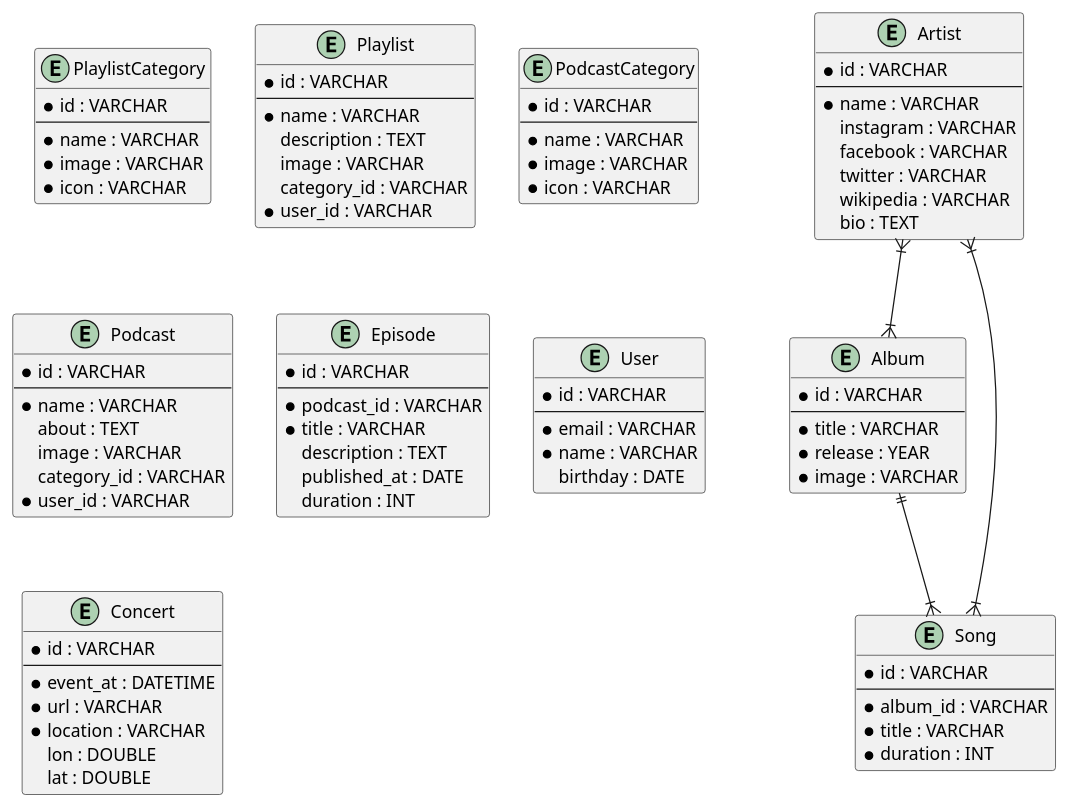
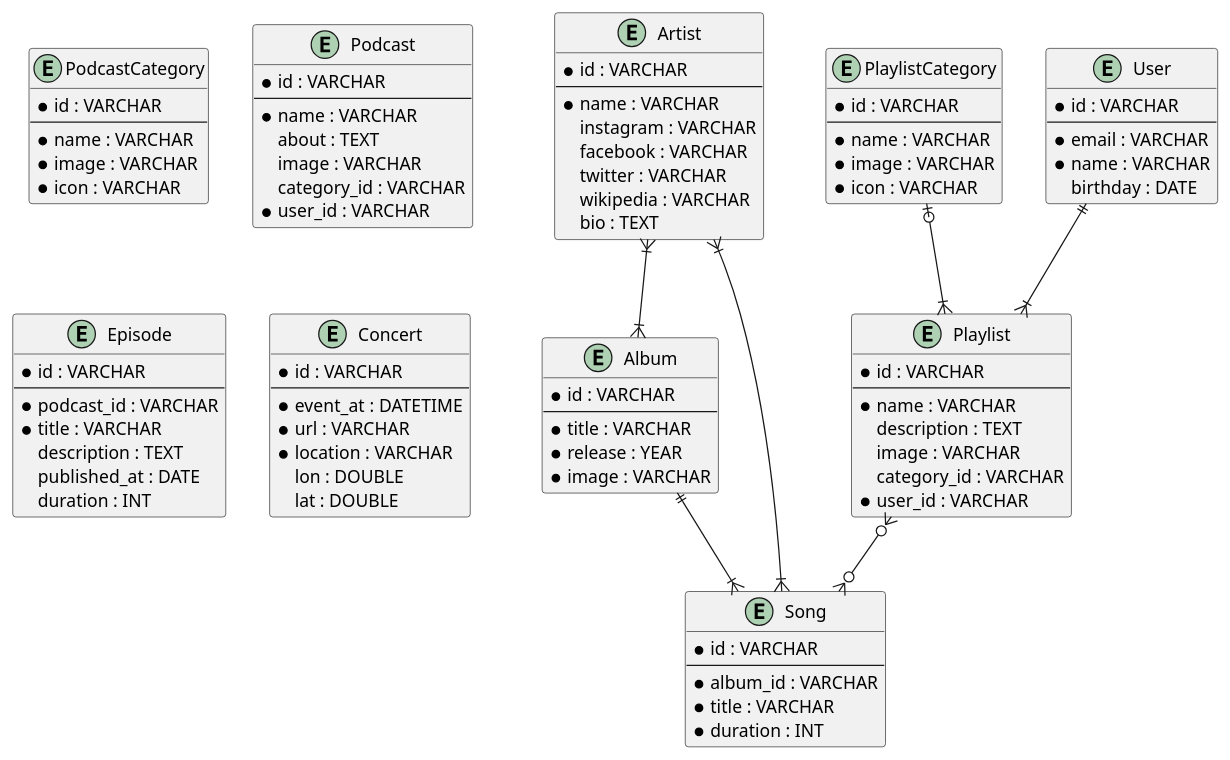
One commit to bayubagusbagaswara/design-database-spotify-clone changed the diagram in src/entity.puml. Above: the diagram before and after it, drawn with PlantUML.

Commit message:
menentukan relasi entity Playlist

```diff
--- a/src/entity.puml
+++ b/src/entity.puml
@@ -1,96 +1,100 @@
 @startuml
 entity Artist {
     * id : VARCHAR
     --
     * name : VARCHAR
     instagram : VARCHAR
     facebook : VARCHAR
     twitter : VARCHAR
     wikipedia : VARCHAR
     bio : TEXT
 }
 
 entity Album {
     * id : VARCHAR
     --
     * title : VARCHAR
     * release : YEAR
     * image : VARCHAR
 }
 
 entity Song {
     * id : VARCHAR
     --
     * album_id : VARCHAR
     * title : VARCHAR
     * duration : INT
 }
 
 entity PlaylistCategory {
     * id : VARCHAR
     --
     * name : VARCHAR
     * image : VARCHAR
     * icon : VARCHAR
 }
 entity Playlist{
     * id : VARCHAR
     --
     * name : VARCHAR
     description : TEXT
     image : VARCHAR
     category_id : VARCHAR
     * user_id : VARCHAR
 }
 
 entity PodcastCategory {
     * id : VARCHAR
     --
     * name : VARCHAR
     * image : VARCHAR
     * icon : VARCHAR
 }
 
-entity Podcast {
+ entity Podcast {
     * id : VARCHAR
     --
     * name : VARCHAR
     about : TEXT
     image : VARCHAR
     category_id : VARCHAR
     * user_id : VARCHAR
 }
 
 entity Episode {
     * id : VARCHAR
     --
     * podcast_id : VARCHAR
     * title : VARCHAR
     description : TEXT
     published_at : DATE
     duration : INT
 }
 
 entity User{
     * id : VARCHAR
     --
     * email : VARCHAR
     * name : VARCHAR
     birthday : DATE
 }
 
 entity Concert{
     * id : VARCHAR
     --
     * event_at : DATETIME
     * url : VARCHAR
     * location : VARCHAR
     lon : DOUBLE
     lat : DOUBLE
 }
 'relasi
 Artist }|--|{ Album
 'menentukan relasi Song
 Album ||--|{ Song
 Artist }|--|{ Song
+'menentukan relasi playlist
+PlaylistCategory |o--|{ Playlist
+User ||--|{ Playlist
+Playlist }o--o{ Song
 @enduml
```
